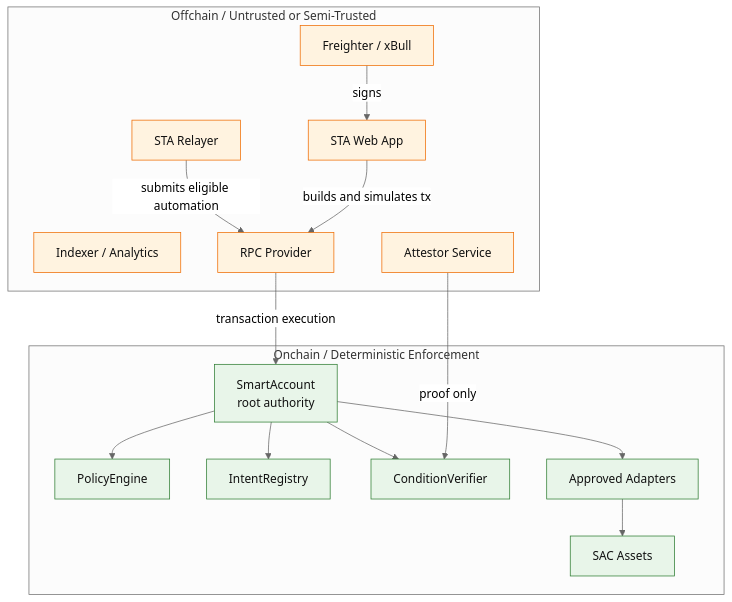
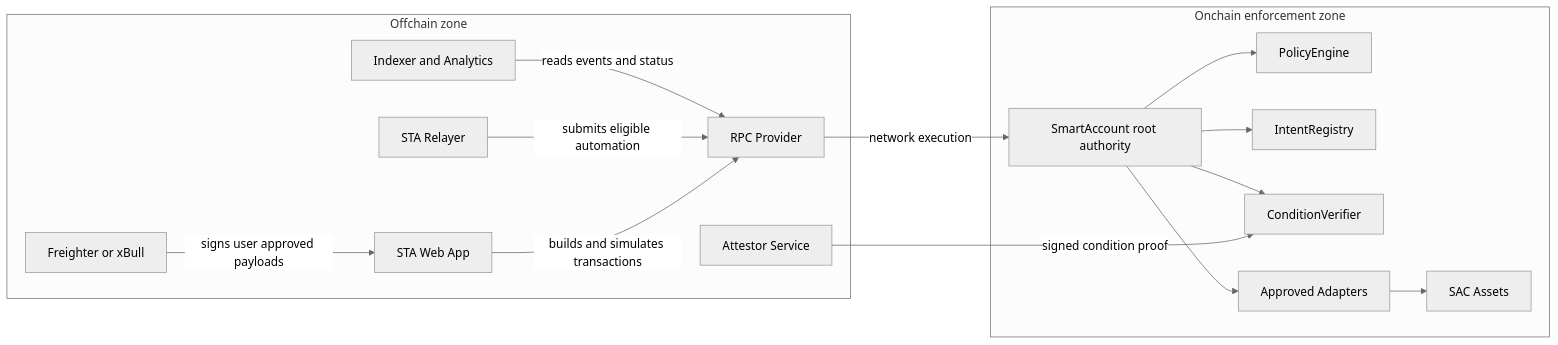
One commit to Frihat-dev/smart-wallet-stellar changed the second of 12 diagrams in docs/TECHNICAL_ARCHITECTURE.md. Above: the diagram before and after it, drawn with Mermaid (neutral theme). The commit also changed other lines of this file, not shown here.

Commit message:
docs: polish technical architecture

````diff
--- a/docs/TECHNICAL_ARCHITECTURE.md
+++ b/docs/TECHNICAL_ARCHITECTURE.md
@@ -208,36 +214,32 @@
 ```mermaid
-flowchart TB
-    subgraph Offchain["Offchain / Untrusted or Semi-Trusted"]
-        UI["STA Web App"]
-        Wallet2["Freighter / xBull"]
-        Relay2["STA Relayer"]
-        Indexer["Indexer / Analytics"]
-        Attestor2["Attestor Service"]
-        RPC2["RPC Provider"]
+flowchart LR
+    subgraph OFFCHAIN[Offchain zone]
+        UI[STA Web App]
+        WALLET[Freighter or xBull]
+        RELAYER[STA Relayer]
+        INDEXER[Indexer and Analytics]
+        ATTESTOR[Attestor Service]
+        RPC[RPC Provider]
     end
 
-    subgraph Onchain["Onchain / Deterministic Enforcement"]
-        SA["SmartAccount<br/>root authority"]
-        PE["PolicyEngine"]
-        IR["IntentRegistry"]
-        CV["ConditionVerifier"]
-        AD["Approved Adapters"]
-        TOKEN["SAC Assets"]
+    subgraph ONCHAIN[Onchain enforcement zone]
+        SA[SmartAccount root authority]
+        PE[PolicyEngine]
+        IR[IntentRegistry]
+        CV[ConditionVerifier]
+        ADAPTERS[Approved Adapters]
+        SAC[SAC Assets]
     end
 
-    UI -->|"builds and simulates tx"| RPC2
-    Wallet2 -->|"signs"| UI
-    Relay2 -->|"submits eligible automation"| RPC2
-    Attestor2 -->|"proof only"| CV
-    RPC2 -->|"transaction execution"| SA
+    WALLET -->|signs user approved payloads| UI
+    UI -->|builds and simulates transactions| RPC
+    RELAYER -->|submits eligible automation| RPC
+    INDEXER -->|reads events and status| RPC
+    ATTESTOR -->|signed condition proof| CV
+    RPC -->|network execution| SA
     SA --> PE
     SA --> IR
     SA --> CV
-    SA --> AD
-    AD --> TOKEN
-
-    classDef trusted fill:#e8f5e9,stroke:#2e7d32,color:#111;
-    classDef untrusted fill:#fff3e0,stroke:#ef6c00,color:#111;
-    class SA,PE,IR,CV,AD,TOKEN trusted;
-    class UI,Wallet2,Relay2,Indexer,Attestor2,RPC2 untrusted;
+    SA --> ADAPTERS
+    ADAPTERS --> SAC
 ```
````
